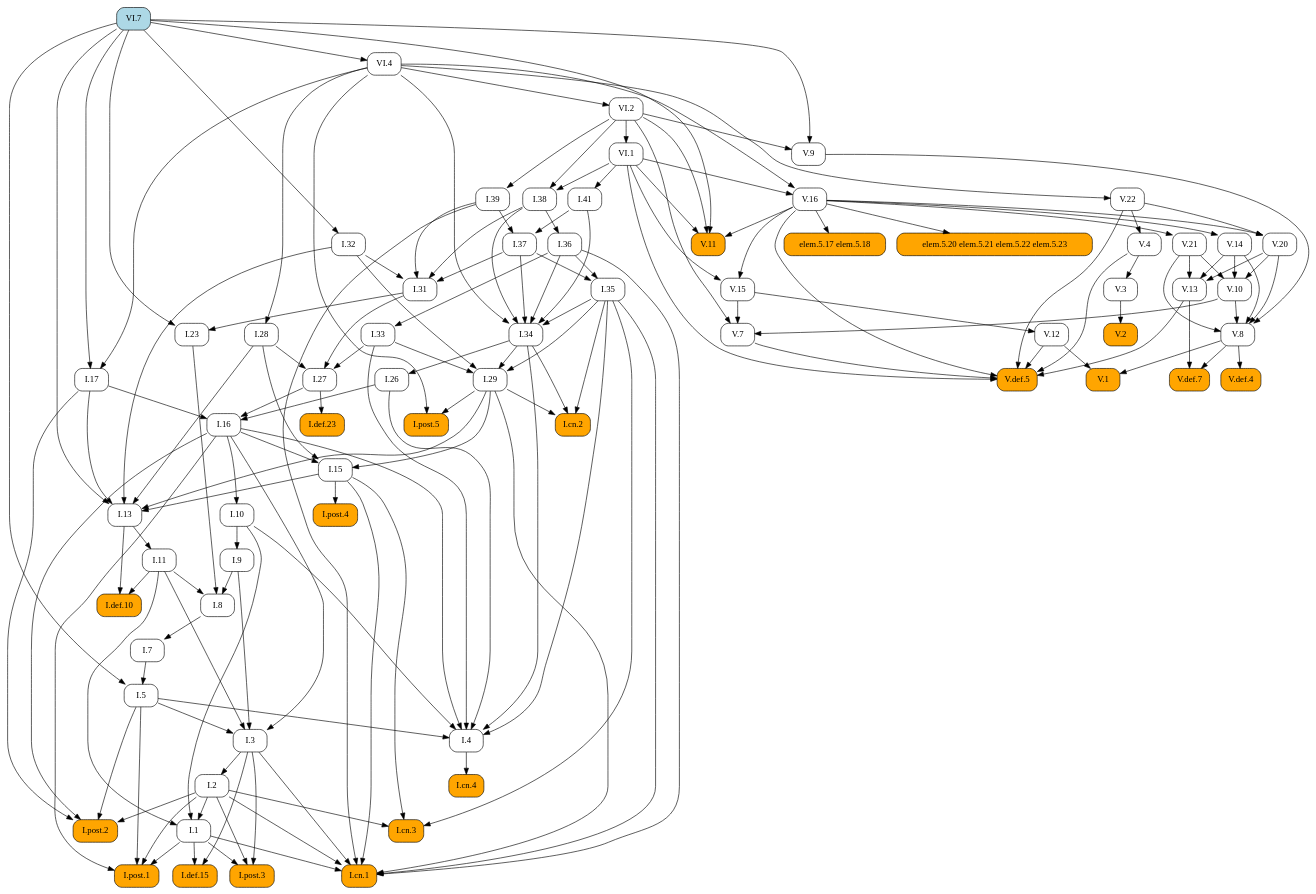
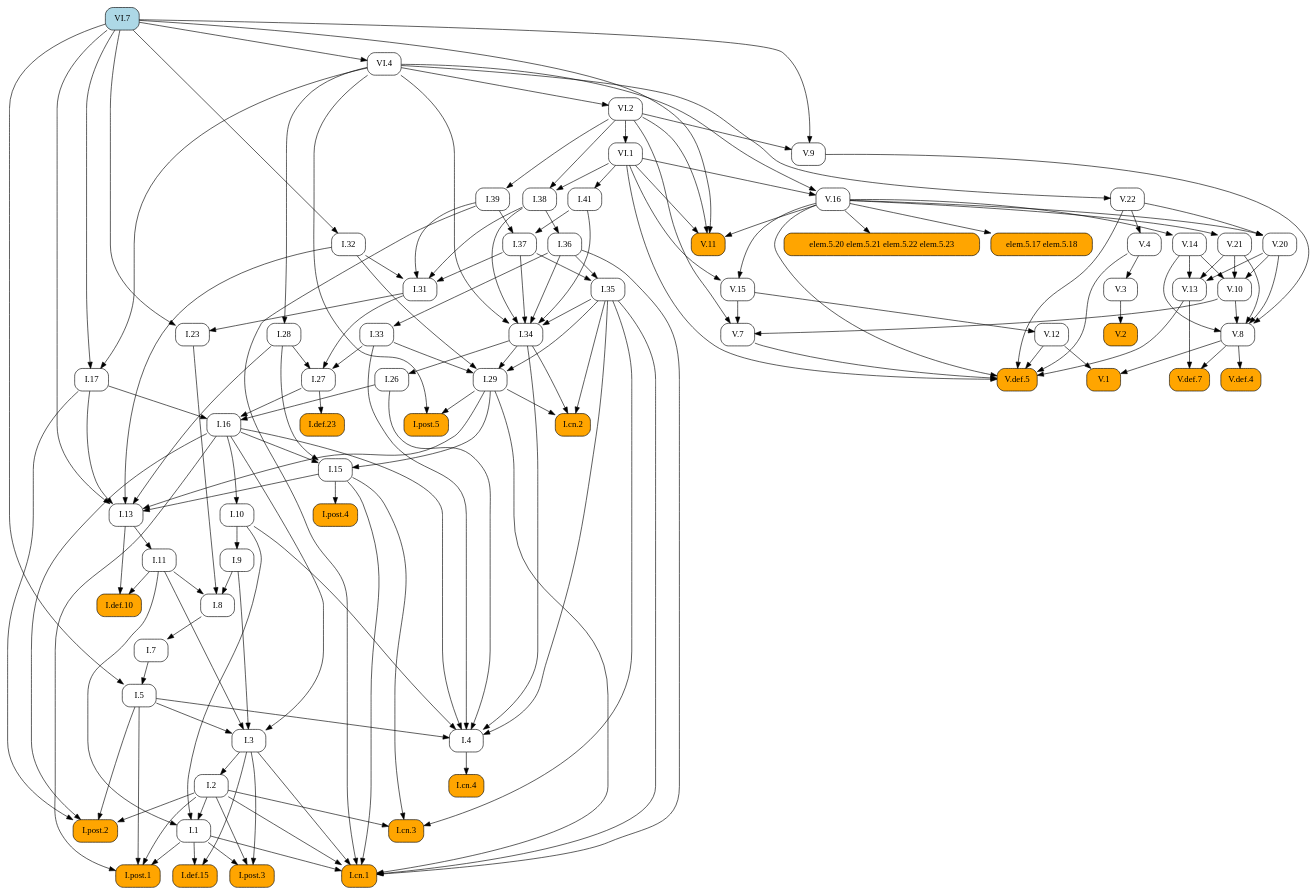
One commit to geometor/elements changed the diagram in docsrc/elements2/VI/7/index.rst. Above: the diagram before and after it, drawn with Graphviz. The commit also changed other lines of this file and 409 other files, not shown here.

First line of the commit message:
feat: Add image cropping and graphic extraction script

```diff
--- a/docsrc/elements2/VI/7/index.rst
+++ b/docsrc/elements2/VI/7/index.rst
@@ -88,193 +88,94 @@
    digraph {
      rankdir="TB";
      node [shape=box, style=rounded];
+     "I.31" [URL="/elements2/I/31/", target="_top"];
+     "I.41" [URL="/elements2/I/41/", target="_top"];
      "I.8" [URL="/elements2/I/8/", target="_top"];
-     "V.20" [URL="/elements2/V/20/", target="_top"];
+     "V.10" [URL="/elements2/V/10/", target="_top"];
+     "V.8" [URL="/elements2/V/8/", target="_top"];
+     "I.15" [URL="/elements2/I/15/", target="_top"];
+     "VI.1" [URL="/elements2/VI/1/", target="_top"];
+     "I.26" [URL="/elements2/I/26/", target="_top"];
+     "I.cn.1" [style="rounded,filled", fillcolor=orange, URL="/elements2/I/cn.1/", target="_top"];
+     "elem.5.20 elem.5.21 elem.5.22 elem.5.23" [style="rounded,filled", fillcolor=orange];
+     "I.28" [URL="/elements2/I/28/", target="_top"];
+     "V.def.5" [style="rounded,filled", fillcolor=orange, URL="/elements2/V/def.5/", target="_top"];
+     "I.16" [URL="/elements2/I/16/", target="_top"];
+     "I.35" [URL="/elements2/I/35/", target="_top"];
+     "I.34" [URL="/elements2/I/34/", target="_top"];
+     "VI.4" [URL="/elements2/VI/4/", target="_top"];
+     "I.33" [URL="/elements2/I/33/", target="_top"];
+     "V.15" [URL="/elements2/V/15/", target="_top"];
+     "V.4" [URL="/elements2/V/4/", target="_top"];
+     "V.14" [URL="/elements2/V/14/", target="_top"];
+     "I.def.15" [style="rounded,filled", fillcolor=orange, URL="/elements2/I/def.15/", target="_top"];
+     "elem.5.17 elem.5.18" [style="rounded,filled", fillcolor=orange];
+     "V.3" [URL="/elements2/V/3/", target="_top"];
+     "I.11" [URL="/elements2/I/11/", target="_top"];
+     "V.11" [style="rounded,filled", fillcolor=orange, URL="/elements2/V/11/", target="_top"];
+     "I.cn.3" [style="rounded,filled", fillcolor=orange, URL="/elements2/I/cn.3/", target="_top"];
+     "I.9" [URL="/elements2/I/9/", target="_top"];
+     "I.29" [URL="/elements2/I/29/", target="_top"];
+     "V.13" [URL="/elements2/V/13/", target="_top"];
      "I.36" [URL="/elements2/I/36/", target="_top"];
-     "V.def.5" [style="rounded,filled", fillcolor=orange, URL="/elements2/V/def.5/", target="_top"];
-     "I.38" [URL="/elements2/I/38/", target="_top"];
-     "I.post.5" [style="rounded,filled", fillcolor=orange, URL="/elements2/I/post.5/", target="_top"];
-     "I.def.10" [style="rounded,filled", fillcolor=orange, URL="/elements2/I/def.10/", target="_top"];
-     "I.cn.2" [style="rounded,filled", fillcolor=orange, URL="/elements2/I/cn.2/", target="_top"];
-     "I.31" [URL="/elements2/I/31/", target="_top"];
-     "I.post.2" [style="rounded,filled", fillcolor=orange, URL="/elements2/I/post.2/", target="_top"];
-     "I.def.23" [style="rounded,filled", fillcolor=orange, URL="/elements2/I/def.23/", target="_top"];
-     "I.26" [URL="/elements2/I/26/", target="_top"];
-     "V.3" [URL="/elements2/V/3/", target="_top"];
-     "I.cn.3" [style="rounded,filled", fillcolor=orange, URL="/elements2/I/cn.3/", target="_top"];
-     "VI.7" [style="rounded,filled", fillcolor=lightblue, URL="/elements2/VI/7/", target="_top"];
-     "V.2" [style="rounded,filled", fillcolor=orange, URL="/elements2/V/2/", target="_top"];
-     "V.12" [URL="/elements2/V/12/", target="_top"];
-     "V.22" [URL="/elements2/V/22/", target="_top"];
-     "I.41" [URL="/elements2/I/41/", target="_top"];
-     "I.35" [URL="/elements2/I/35/", target="_top"];
-     "I.28" [URL="/elements2/I/28/", target="_top"];
-     "I.27" [URL="/elements2/I/27/", target="_top"];
-     "I.4" [URL="/elements2/I/4/", target="_top"];
-     "V.8" [URL="/elements2/V/8/", target="_top"];
-     "VI.2" [URL="/elements2/VI/2/", target="_top"];
-     "I.39" [URL="/elements2/I/39/", target="_top"];
-     "I.15" [URL="/elements2/I/15/", target="_top"];
-     "I.34" [URL="/elements2/I/34/", target="_top"];
-     "I.post.3" [style="rounded,filled", fillcolor=orange, URL="/elements2/I/post.3/", target="_top"];
-     "I.32" [URL="/elements2/I/32/", target="_top"];
      "I.post.1" [style="rounded,filled", fillcolor=orange, URL="/elements2/I/post.1/", target="_top"];
      "V.def.4" [style="rounded,filled", fillcolor=orange, URL="/elements2/V/def.4/", target="_top"];
-     "I.33" [URL="/elements2/I/33/", target="_top"];
+     "VI.2" [URL="/elements2/VI/2/", target="_top"];
+     "I.27" [URL="/elements2/I/27/", target="_top"];
+     "V.1" [style="rounded,filled", fillcolor=orange, URL="/elements2/V/1/", target="_top"];
+     "I.cn.4" [style="rounded,filled", fillcolor=orange, URL="/elements2/I/cn.4/", target="_top"];
+     "I.post.4" [style="rounded,filled", fillcolor=orange, URL="/elements2/I/post.4/", target="_top"];
+     "V.7" [URL="/elements2/V/7/", target="_top"];
+     "I.cn.2" [style="rounded,filled", fillcolor=orange, URL="/elements2/I/cn.2/", target="_top"];
+     "I.37" [URL="/elements2/I/37/", target="_top"];
+     "V.21" [URL="/elements2/V/21/", target="_top"];
      "I.5" [URL="/elements2/I/5/", target="_top"];
-     "elem.5.17 elem.5.18" [style="rounded,filled", fillcolor=orange];
-     "VI.1" [URL="/elements2/VI/1/", target="_top"];
-     "V.11" [style="rounded,filled", fillcolor=orange, URL="/elements2/V/11/", target="_top"];
-     "V.13" [URL="/elements2/V/13/", target="_top"];
+     "V.def.7" [style="rounded,filled", fillcolor=orange, URL="/elements2/V/def.7/", target="_top"];
+     "I.17" [URL="/elements2/I/17/", target="_top"];
+     "V.12" [URL="/elements2/V/12/", target="_top"];
+     "I.32" [URL="/elements2/I/32/", target="_top"];
+     "I.7" [URL="/elements2/I/7/", target="_top"];
+     "I.23" [URL="/elements2/I/23/", target="_top"];
      "V.9" [URL="/elements2/V/9/", target="_top"];
+     "V.2" [style="rounded,filled", fillcolor=orange, URL="/elements2/V/2/", target="_top"];
+     "I.38" [URL="/elements2/I/38/", target="_top"];
+     "I.def.10" [style="rounded,filled", fillcolor=orange, URL="/elements2/I/def.10/", target="_top"];
+     "V.20" [URL="/elements2/V/20/", target="_top"];
+     "I.def.23" [style="rounded,filled", fillcolor=orange, URL="/elements2/I/def.23/", target="_top"];
      "V.16" [URL="/elements2/V/16/", target="_top"];
-     "I.def.15" [style="rounded,filled", fillcolor=orange, URL="/elements2/I/def.15/", target="_top"];
-     "V.15" [URL="/elements2/V/15/", target="_top"];
-     "I.11" [URL="/elements2/I/11/", target="_top"];
+     "I.post.5" [style="rounded,filled", fillcolor=orange, URL="/elements2/I/post.5/", target="_top"];
      "I.3" [URL="/elements2/I/3/", target="_top"];
-     "V.14" [URL="/elements2/V/14/", target="_top"];
-     "VI.4" [URL="/elements2/VI/4/", target="_top"];
-     "V.10" [URL="/elements2/V/10/", target="_top"];
+     "I.10" [URL="/elements2/I/10/", target="_top"];
+     "I.13" [URL="/elements2/I/13/", target="_top"];
+     "I.4" [URL="/elements2/I/4/", target="_top"];
+     "I.post.3" [style="rounded,filled", fillcolor=orange, URL="/elements2/I/post.3/", target="_top"];
+     "I.39" [URL="/elements2/I/39/", target="_top"];
+     "VI.7" [style="rounded,filled", fillcolor=lightblue, URL="/elements2/VI/7/", target="_top"];
+     "I.2" [URL="/elements2/I/2/", target="_top"];
      "I.1" [URL="/elements2/I/1/", target="_top"];
-     "I.cn.4" [style="rounded,filled", fillcolor=orange, URL="/elements2/I/cn.4/", target="_top"];
-     "I.23" [URL="/elements2/I/23/", target="_top"];
-     "I.7" [URL="/elements2/I/7/", target="_top"];
-     "I.17" [URL="/elements2/I/17/", target="_top"];
-     "I.9" [URL="/elements2/I/9/", target="_top"];
-     "V.1" [style="rounded,filled", fillcolor=orange, URL="/elements2/V/1/", target="_top"];
-     "I.cn.1" [style="rounded,filled", fillcolor=orange, URL="/elements2/I/cn.1/", target="_top"];
-     "I.29" [URL="/elements2/I/29/", target="_top"];
-     "I.16" [URL="/elements2/I/16/", target="_top"];
-     "V.21" [URL="/elements2/V/21/", target="_top"];
-     "I.13" [URL="/elements2/I/13/", target="_top"];
-     "elem.5.20 elem.5.21 elem.5.22 elem.5.23" [style="rounded,filled", fillcolor=orange];
-     "V.7" [URL="/elements2/V/7/", target="_top"];
-     "I.post.4" [style="rounded,filled", fillcolor=orange, URL="/elements2/I/post.4/", target="_top"];
-     "I.2" [URL="/elements2/I/2/", target="_top"];
-     "I.37" [URL="/elements2/I/37/", target="_top"];
-     "I.10" [URL="/elements2/I/10/", target="_top"];
-     "V.def.7" [style="rounded,filled", fillcolor=orange, URL="/elements2/V/def.7/", target="_top"];
-     "V.4" [URL="/elements2/V/4/", target="_top"];
-     "I.9" -> "I.8";
-     "I.11" -> "I.8";
-     "I.23" -> "I.8";
-     "V.16" -> "V.20";
-     "V.22" -> "V.20";
-     "I.38" -> "I.36";
-     "V.4" -> "V.def.5";
-     "V.7" -> "V.def.5";
-     "V.12" -> "V.def.5";
-     "V.13" -> "V.def.5";
-     "V.16" -> "V.def.5";
-     "V.22" -> "V.def.5";
-     "VI.1" -> "V.def.5";
-     "VI.1" -> "I.38";
-     "VI.2" -> "I.38";
-     "I.29" -> "I.post.5";
-     "VI.4" -> "I.post.5";
-     "I.11" -> "I.def.10";
-     "I.13" -> "I.def.10";
-     "I.29" -> "I.cn.2";
-     "I.34" -> "I.cn.2";
-     "I.35" -> "I.cn.2";
+     "I.post.2" [style="rounded,filled", fillcolor=orange, URL="/elements2/I/post.2/", target="_top"];
+     "V.22" [URL="/elements2/V/22/", target="_top"];
      "I.32" -> "I.31";
      "I.37" -> "I.31";
      "I.38" -> "I.31";
      "I.39" -> "I.31";
-     "I.2" -> "I.post.2";
-     "I.5" -> "I.post.2";
-     "I.16" -> "I.post.2";
-     "I.17" -> "I.post.2";
-     "I.27" -> "I.def.23";
-     "I.34" -> "I.26";
-     "V.4" -> "V.3";
-     "I.2" -> "I.cn.3";
-     "I.15" -> "I.cn.3";
-     "I.35" -> "I.cn.3";
-     "V.3" -> "V.2";
-     "V.15" -> "V.12";
-     "VI.4" -> "V.22";
      "VI.1" -> "I.41";
-     "I.36" -> "I.35";
-     "I.37" -> "I.35";
-     "VI.4" -> "I.28";
-     "I.28" -> "I.27";
-     "I.31" -> "I.27";
-     "I.33" -> "I.27";
-     "I.5" -> "I.4";
-     "I.10" -> "I.4";
-     "I.16" -> "I.4";
-     "I.26" -> "I.4";
-     "I.33" -> "I.4";
-     "I.34" -> "I.4";
-     "I.35" -> "I.4";
+     "I.9" -> "I.8";
+     "I.11" -> "I.8";
+     "I.23" -> "I.8";
+     "V.14" -> "V.10";
+     "V.20" -> "V.10";
+     "V.21" -> "V.10";
      "V.9" -> "V.8";
      "V.10" -> "V.8";
      "V.14" -> "V.8";
      "V.20" -> "V.8";
      "V.21" -> "V.8";
-     "VI.4" -> "VI.2";
-     "VI.2" -> "I.39";
      "I.16" -> "I.15";
      "I.28" -> "I.15";
      "I.29" -> "I.15";
-     "I.35" -> "I.34";
-     "I.36" -> "I.34";
-     "I.37" -> "I.34";
-     "I.38" -> "I.34";
-     "I.41" -> "I.34";
-     "VI.4" -> "I.34";
-     "I.1" -> "I.post.3";
-     "I.2" -> "I.post.3";
-     "I.3" -> "I.post.3";
-     "VI.7" -> "I.32";
-     "I.1" -> "I.post.1";
-     "I.2" -> "I.post.1";
-     "I.5" -> "I.post.1";
-     "I.16" -> "I.post.1";
-     "V.8" -> "V.def.4";
-     "I.36" -> "I.33";
-     "I.7" -> "I.5";
-     "VI.7" -> "I.5";
-     "V.16" -> "elem.5.17 elem.5.18";
      "VI.2" -> "VI.1";
-     "V.16" -> "V.11";
-     "VI.1" -> "V.11";
-     "VI.2" -> "V.11";
-     "VI.7" -> "V.11";
-     "V.14" -> "V.13";
-     "V.20" -> "V.13";
-     "V.21" -> "V.13";
-     "VI.2" -> "V.9";
-     "VI.7" -> "V.9";
-     "VI.1" -> "V.16";
-     "VI.4" -> "V.16";
-     "I.1" -> "I.def.15";
-     "I.3" -> "I.def.15";
-     "V.16" -> "V.15";
-     "VI.1" -> "V.15";
-     "I.13" -> "I.11";
-     "I.5" -> "I.3";
-     "I.9" -> "I.3";
-     "I.11" -> "I.3";
-     "I.16" -> "I.3";
-     "V.16" -> "V.14";
-     "VI.7" -> "VI.4";
-     "V.14" -> "V.10";
-     "V.20" -> "V.10";
-     "V.21" -> "V.10";
-     "I.2" -> "I.1";
-     "I.10" -> "I.1";
-     "I.11" -> "I.1";
-     "I.4" -> "I.cn.4";
-     "I.31" -> "I.23";
-     "VI.7" -> "I.23";
-     "I.8" -> "I.7";
-     "VI.4" -> "I.17";
-     "VI.7" -> "I.17";
-     "I.10" -> "I.9";
-     "V.8" -> "V.1";
-     "V.12" -> "V.1";
+     "I.34" -> "I.26";
      "I.1" -> "I.cn.1";
      "I.2" -> "I.cn.1";
      "I.3" -> "I.cn.1";
@@ -283,30 +184,129 @@
      "I.35" -> "I.cn.1";
      "I.36" -> "I.cn.1";
      "I.39" -> "I.cn.1";
+     "V.16" -> "elem.5.20 elem.5.21 elem.5.22 elem.5.23";
+     "VI.4" -> "I.28";
+     "V.4" -> "V.def.5";
+     "V.7" -> "V.def.5";
+     "V.12" -> "V.def.5";
+     "V.13" -> "V.def.5";
+     "V.16" -> "V.def.5";
+     "V.22" -> "V.def.5";
+     "VI.1" -> "V.def.5";
+     "I.17" -> "I.16";
+     "I.26" -> "I.16";
+     "I.27" -> "I.16";
+     "I.36" -> "I.35";
+     "I.37" -> "I.35";
+     "I.35" -> "I.34";
+     "I.36" -> "I.34";
+     "I.37" -> "I.34";
+     "I.38" -> "I.34";
+     "I.41" -> "I.34";
+     "VI.4" -> "I.34";
+     "VI.7" -> "VI.4";
+     "I.36" -> "I.33";
+     "V.16" -> "V.15";
+     "VI.1" -> "V.15";
+     "V.22" -> "V.4";
+     "V.16" -> "V.14";
+     "I.1" -> "I.def.15";
+     "I.3" -> "I.def.15";
+     "V.16" -> "elem.5.17 elem.5.18";
+     "V.4" -> "V.3";
+     "I.13" -> "I.11";
+     "V.16" -> "V.11";
+     "VI.1" -> "V.11";
+     "VI.2" -> "V.11";
+     "VI.7" -> "V.11";
+     "I.2" -> "I.cn.3";
+     "I.15" -> "I.cn.3";
+     "I.35" -> "I.cn.3";
+     "I.10" -> "I.9";
      "I.32" -> "I.29";
      "I.33" -> "I.29";
      "I.34" -> "I.29";
      "I.35" -> "I.29";
-     "I.17" -> "I.16";
-     "I.26" -> "I.16";
-     "I.27" -> "I.16";
+     "V.14" -> "V.13";
+     "V.20" -> "V.13";
+     "V.21" -> "V.13";
+     "I.38" -> "I.36";
+     "I.1" -> "I.post.1";
+     "I.2" -> "I.post.1";
+     "I.5" -> "I.post.1";
+     "I.16" -> "I.post.1";
+     "V.8" -> "V.def.4";
+     "VI.4" -> "VI.2";
+     "I.28" -> "I.27";
+     "I.31" -> "I.27";
+     "I.33" -> "I.27";
+     "V.8" -> "V.1";
+     "V.12" -> "V.1";
+     "I.4" -> "I.cn.4";
+     "I.15" -> "I.post.4";
+     "V.10" -> "V.7";
+     "V.15" -> "V.7";
+     "VI.2" -> "V.7";
+     "I.29" -> "I.cn.2";
+     "I.34" -> "I.cn.2";
+     "I.35" -> "I.cn.2";
+     "I.39" -> "I.37";
+     "I.41" -> "I.37";
      "V.16" -> "V.21";
+     "I.7" -> "I.5";
+     "VI.7" -> "I.5";
+     "V.8" -> "V.def.7";
+     "V.13" -> "V.def.7";
+     "VI.4" -> "I.17";
+     "VI.7" -> "I.17";
+     "V.15" -> "V.12";
+     "VI.7" -> "I.32";
+     "I.8" -> "I.7";
+     "I.31" -> "I.23";
+     "VI.7" -> "I.23";
+     "VI.2" -> "V.9";
+     "VI.7" -> "V.9";
+     "V.3" -> "V.2";
+     "VI.1" -> "I.38";
+     "VI.2" -> "I.38";
+     "I.11" -> "I.def.10";
+     "I.13" -> "I.def.10";
+     "V.16" -> "V.20";
+     "V.22" -> "V.20";
+     "I.27" -> "I.def.23";
+     "VI.1" -> "V.16";
+     "VI.4" -> "V.16";
+     "I.29" -> "I.post.5";
+     "VI.4" -> "I.post.5";
+     "I.5" -> "I.3";
+     "I.9" -> "I.3";
+     "I.11" -> "I.3";
+     "I.16" -> "I.3";
+     "I.16" -> "I.10";
      "I.15" -> "I.13";
      "I.17" -> "I.13";
      "I.28" -> "I.13";
      "I.29" -> "I.13";
      "I.32" -> "I.13";
      "VI.7" -> "I.13";
-     "V.16" -> "elem.5.20 elem.5.21 elem.5.22 elem.5.23";
-     "V.10" -> "V.7";
-     "V.15" -> "V.7";
-     "VI.2" -> "V.7";
-     "I.15" -> "I.post.4";
+     "I.5" -> "I.4";
+     "I.10" -> "I.4";
+     "I.16" -> "I.4";
+     "I.26" -> "I.4";
+     "I.33" -> "I.4";
+     "I.34" -> "I.4";
+     "I.35" -> "I.4";
+     "I.1" -> "I.post.3";
+     "I.2" -> "I.post.3";
+     "I.3" -> "I.post.3";
+     "VI.2" -> "I.39";
      "I.3" -> "I.2";
-     "I.39" -> "I.37";
-     "I.41" -> "I.37";
-     "I.16" -> "I.10";
-     "V.8" -> "V.def.7";
-     "V.13" -> "V.def.7";
-     "V.22" -> "V.4";
+     "I.2" -> "I.1";
+     "I.10" -> "I.1";
+     "I.11" -> "I.1";
+     "I.2" -> "I.post.2";
+     "I.5" -> "I.post.2";
+     "I.16" -> "I.post.2";
+     "I.17" -> "I.post.2";
+     "VI.4" -> "V.22";
    }
```
